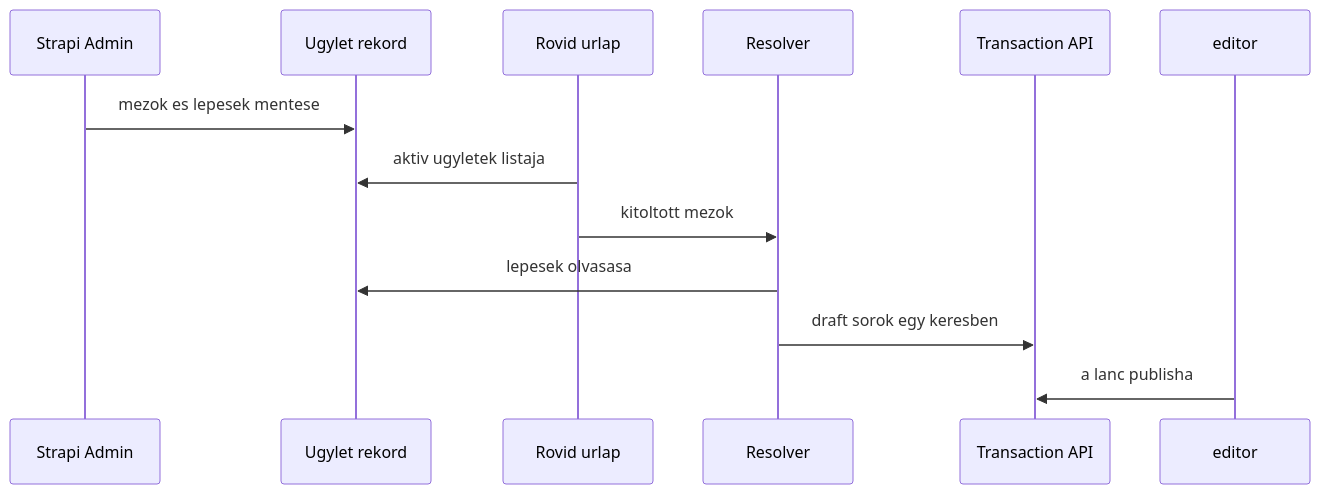
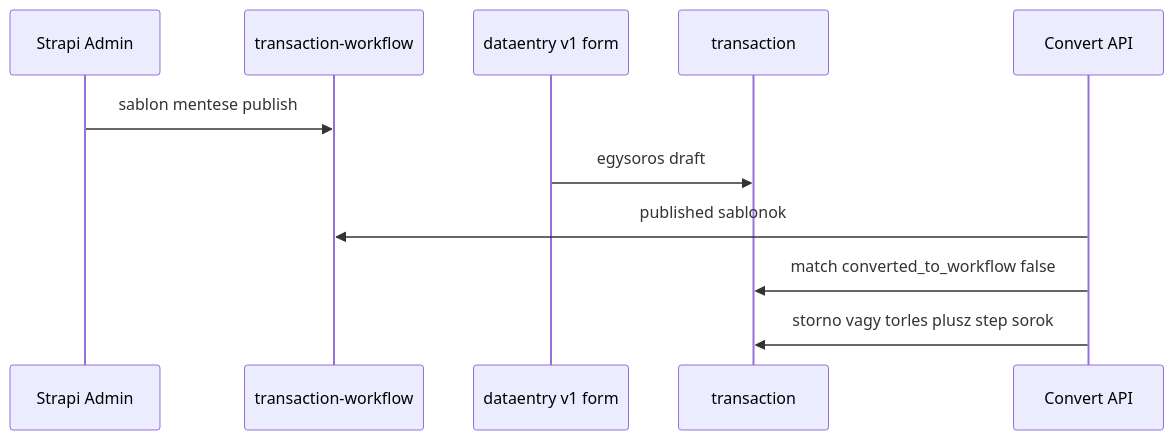
One commit to pitiboy/curr changed diagram 14 of 15 in docs/transaction-workflow.md. Above: the diagram before and after it, drawn with Mermaid. The commit also changed other lines of this file and 31 other files, not shown here.

````diff
--- a/docs/transaction-workflow.md
+++ b/docs/transaction-workflow.md
@@ -729,16 +662,14 @@
 ```mermaid
 sequenceDiagram
   participant Admin as Strapi Admin
-  participant Ugylet as Ugylet rekord
-  participant Form as Rovid urlap
-  participant Resolver as Resolver
-  participant Api as Transaction API
-  participant Editor as editor
+  participant Wf as transaction-workflow
+  participant Entry as dataentry v1 form
+  participant Tx as transaction
+  participant Api as Convert API
 
-  Admin->>Ugylet: mezok es lepesek mentese
-  Form->>Ugylet: aktiv ugyletek listaja
-  Form->>Resolver: kitoltott mezok
-  Resolver->>Ugylet: lepesek olvasasa
-  Resolver->>Api: draft sorok egy keresben
-  Editor->>Api: a lanc publisha
+  Admin->>Wf: sablon mentese publish
+  Entry->>Tx: egysoros draft
+  Api->>Wf: published sablonok
+  Api->>Tx: match converted_to_workflow false
+  Api->>Tx: storno vagy torles plusz step sorok
 ```
````
